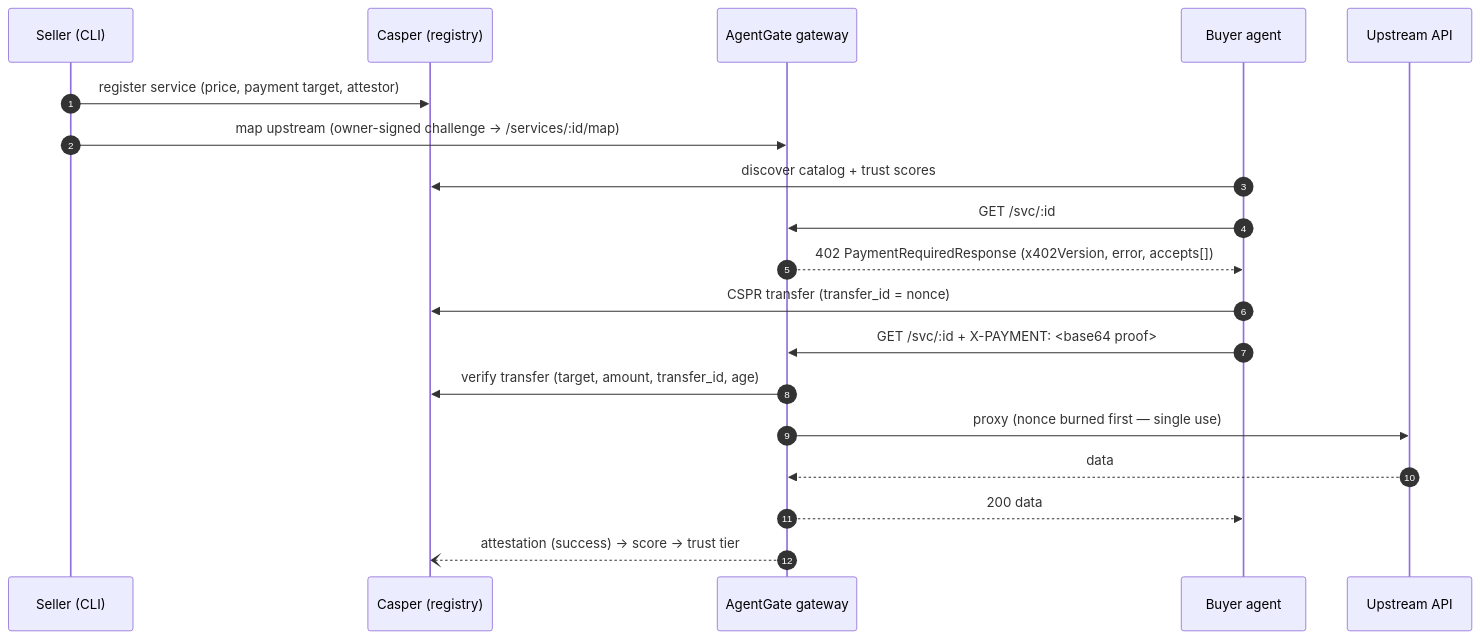
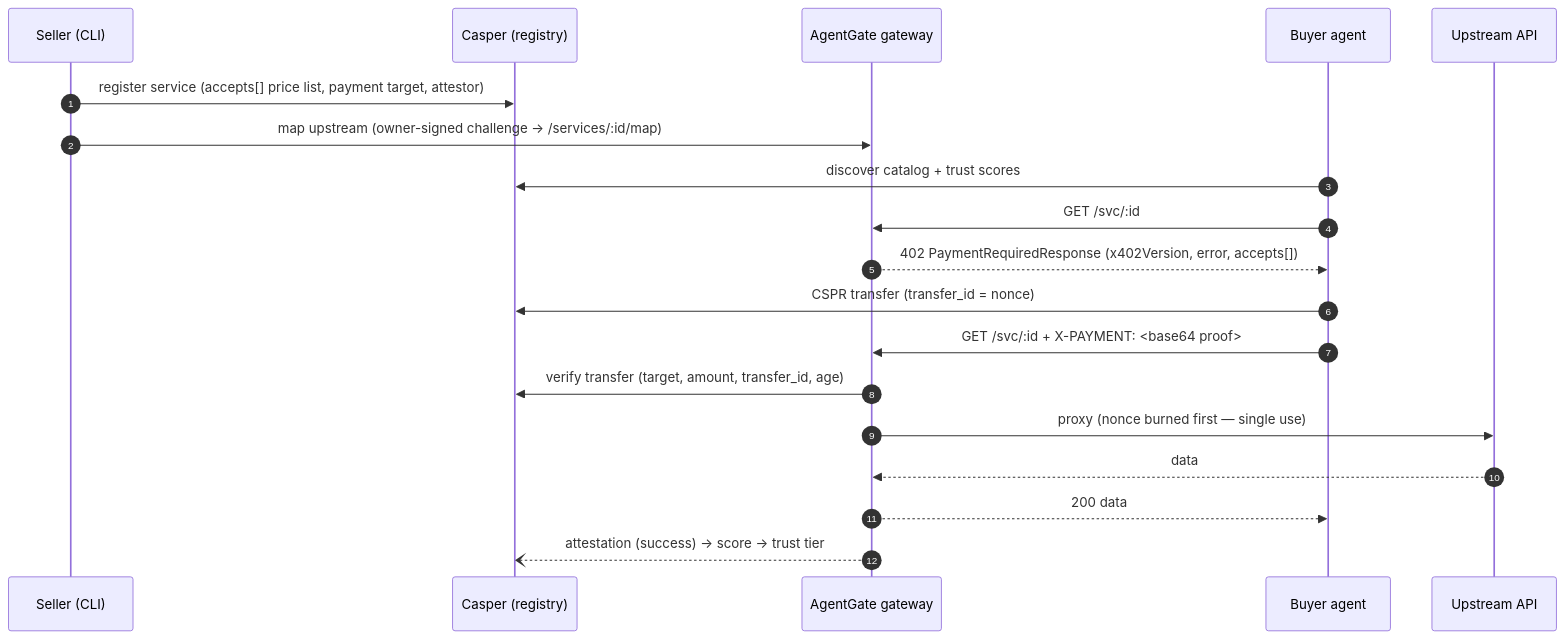
Before and after one commit to mdlog/AgentGate: the diagram in README.md, drawn with Mermaid. The commit also changed other lines of this file and 11 other files, not shown here.

````diff
--- a/README.md
+++ b/README.md
@@ -84,22 +93,22 @@
 ```mermaid
 sequenceDiagram
     autonumber
     participant Seller as Seller (CLI)
     participant Chain as Casper (registry)
     participant Gate as AgentGate gateway
     participant Agent as Buyer agent
     participant API as Upstream API
 
-    Seller->>Chain: register service (price, payment target, attestor)
+    Seller->>Chain: register service (accepts[] price list, payment target, attestor)
     Seller->>Gate: map upstream (owner-signed challenge → /services/:id/map)
     Agent->>Chain: discover catalog + trust scores
     Agent->>Gate: GET /svc/:id
     Gate-->>Agent: 402 PaymentRequiredResponse (x402Version, error, accepts[])
     Agent->>Chain: CSPR transfer (transfer_id = nonce)
     Agent->>Gate: GET /svc/:id + X-PAYMENT: <base64 proof>
     Gate->>Chain: verify transfer (target, amount, transfer_id, age)
     Gate->>API: proxy (nonce burned first — single use)
     API-->>Gate: data
     Gate-->>Agent: 200 data
     Gate--)Chain: attestation (success) → score → trust tier
 ```
````
